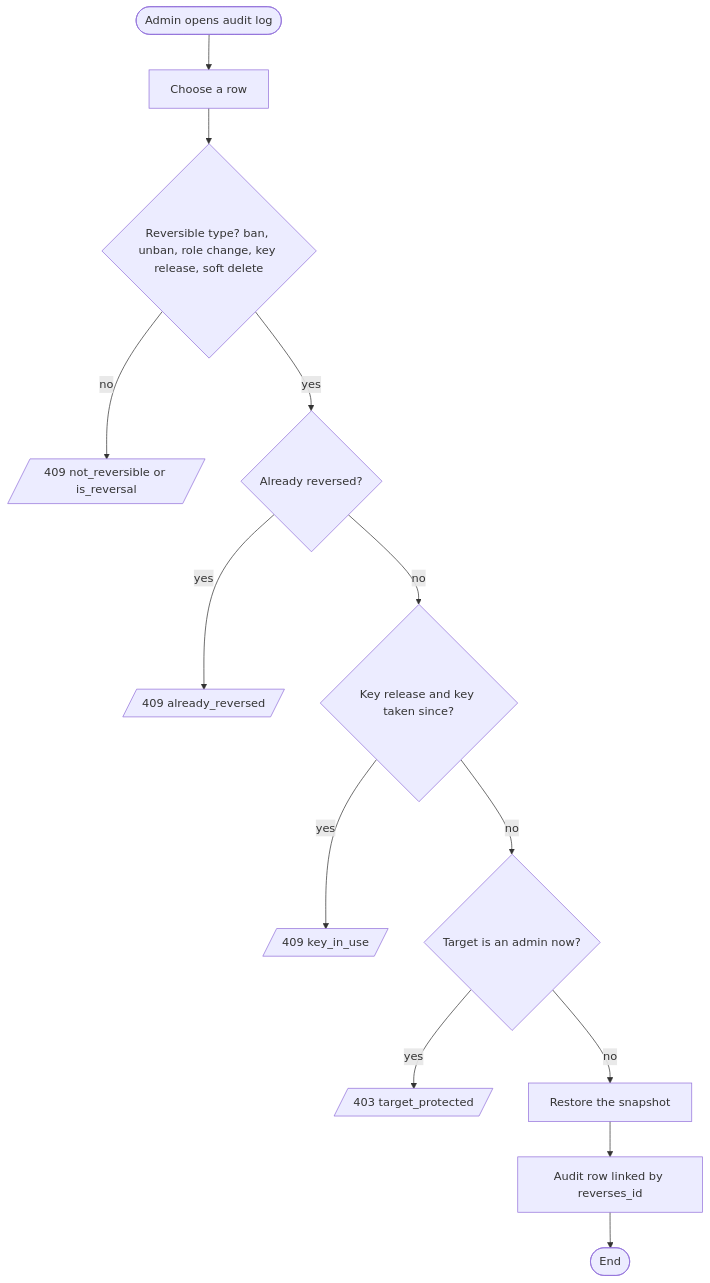
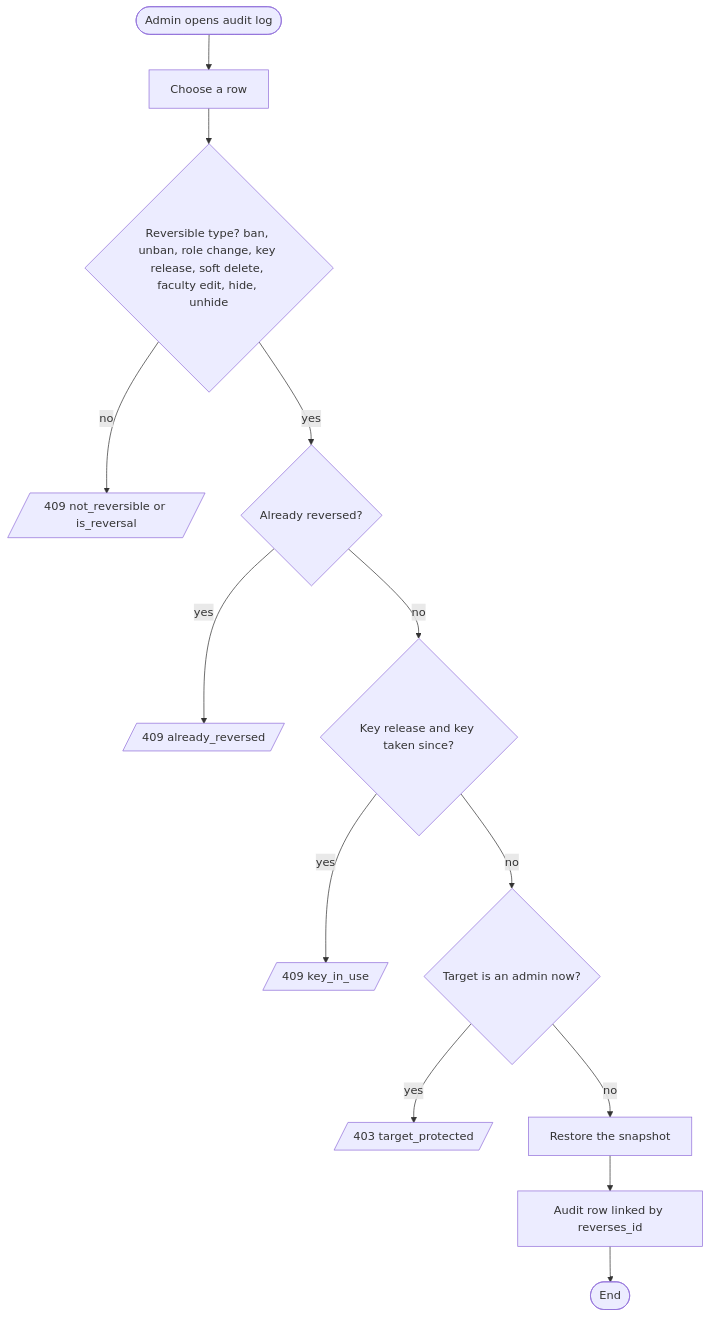
One commit to shithil17/UniLink changed the fourth of 4 diagrams in docs/moderation-flow.md. Above: the diagram before and after it, drawn with Mermaid. The commit also changed 50 other files, not shown here.

````diff
--- a/docs/moderation-flow.md
+++ b/docs/moderation-flow.md
@@ -73,15 +73,15 @@
 ```mermaid
 flowchart TD
   A([Admin opens audit log]) --> B[Choose a row]
-  B --> C{Reversible type? ban, unban, role change, key release, soft delete}
+  B --> C{Reversible type? ban, unban, role change, key release, soft delete, faculty edit, hide, unhide}
   C -- no --> X1[/409 not_reversible or is_reversal/]
   C -- yes --> D{Already reversed?}
   D -- yes --> X2[/409 already_reversed/]
   D -- no --> E{Key release and key taken since?}
   E -- yes --> X3[/409 key_in_use/]
   E -- no --> F{Target is an admin now?}
   F -- yes --> X4[/403 target_protected/]
   F -- no --> G[Restore the snapshot]
   G --> H[Audit row linked by reverses_id]
   H --> Z([End])
 ```
````
